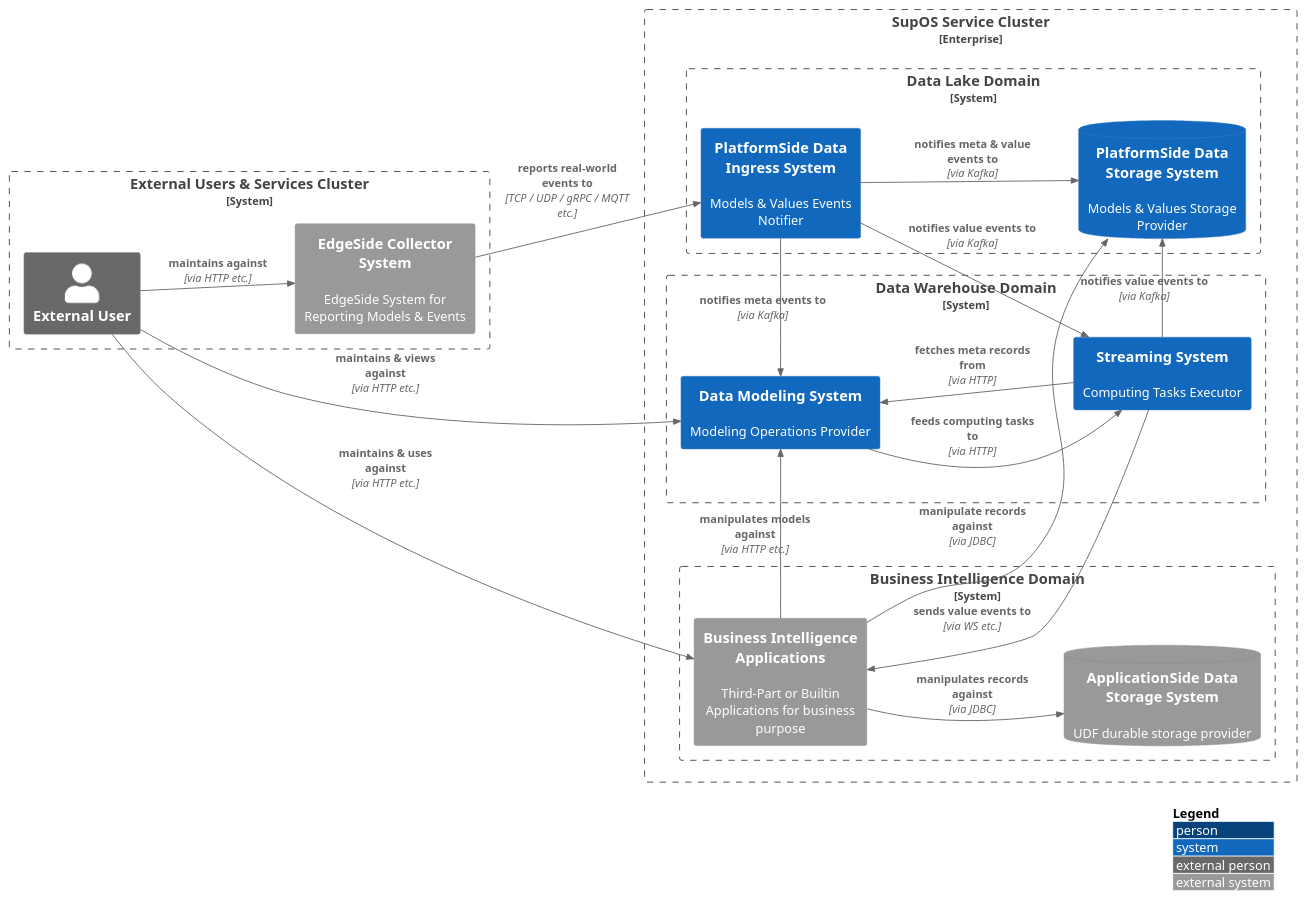
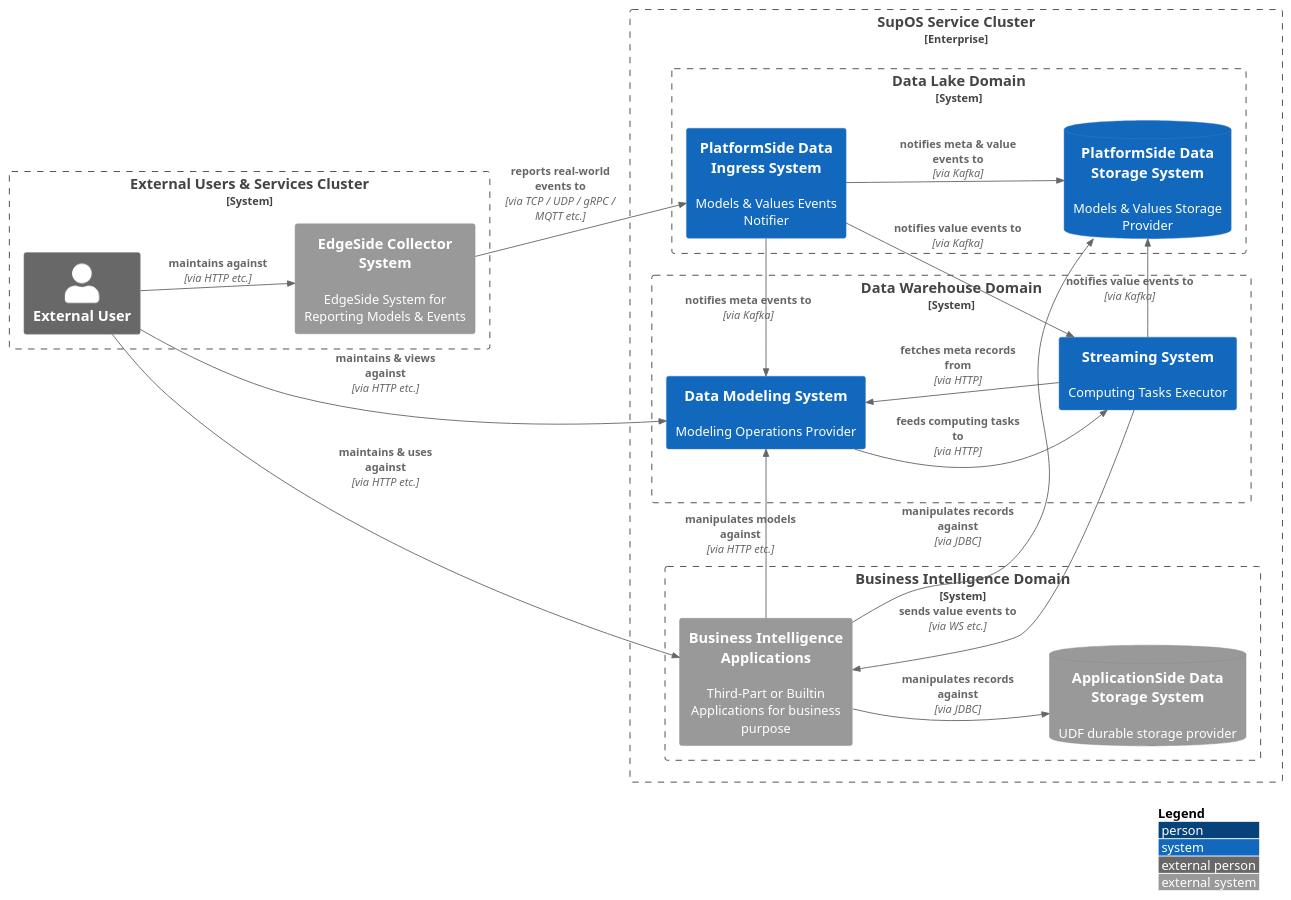
The diagram in c4model/digital_factory/Context.puml (zhangli2946/skills), drawn with PlantUML before and after one commit. The commit also changed 4 other files, not shown here.

```diff
--- a/c4model/digital_factory/Context.puml
+++ b/c4model/digital_factory/Context.puml
@@ -1,46 +1,46 @@
 @startuml
 !include https://raw.githubusercontent.com/plantuml-stdlib/C4-PlantUML/master/C4_Context.puml
 
 LAYOUT_WITH_LEGEND()
 LAYOUT_LANDSCAPE()
 'LAYOUT_LEFT_RIGHT()
 
 Enterprise_Boundary(supos, "SupOS Service Cluster",){
 
     System_Boundary(lake, "Data Lake Domain"){
         System(ingress, "PlatformSide Data Ingress System","Models & Values Events Notifier")
         SystemDb(persist, "PlatformSide Data Storage System","Models & Values Storage Provider")
         Rel(ingress, persist, "notifies meta & value events to", "via Kafka")
     }
 
     System_Boundary(warehouse, "Data Warehouse Domain"){
         System(modeling , "Data Modeling System","Modeling Operations Provider")
         System(computing , "Streaming System", "Computing Tasks Executor")
     }
 
     System_Boundary(business, "Business Intelligence Domain"){
         System_Ext(app, "Business Intelligence Applications", "Third-Part or Builtin Applications for business purpose")
         SystemDb_Ext(persist_ext, "ApplicationSide Data Storage System","UDF durable storage provider")
         Rel(app, persist_ext, "manipulates records against", "via JDBC")
     }
 
-    Rel(app, persist, "manipulate records against", "via JDBC")
+    Rel(app, persist, "manipulates records against", "via JDBC")
     Rel(computing, persist,"notifies value events to", "via Kafka")
     Rel(ingress, computing, "notifies value events to", "via Kafka")
     Rel(ingress, modeling, "notifies meta events to", "via Kafka")
     Rel(app, modeling, "manipulates models against", "via HTTP etc.")
     Rel(computing, app, "sends value events to ", "via WS etc.")
     Rel(modeling, computing, "feeds computing tasks to", "via HTTP")
     Rel(computing, modeling, "fetches meta records from", "via HTTP")
 }
 
 
 System_Boundary(external, "External Users & Services Cluster"){
     Person_Ext(user, "External User","")
     System_Ext(third, "EdgeSide Collector System", "EdgeSide System for Reporting Models & Events")
     Rel(user, third, "maintains against", "via HTTP etc.")
 }
-Rel(third, ingress, "reports real-world events to","TCP / UDP / gRPC / MQTT etc.")
+Rel(third, ingress, "reports real-world events to","via TCP / UDP / gRPC / MQTT etc.")
 Rel(user, modeling, "maintains & views against", "via HTTP etc.")
 Rel(user, app, "maintains & uses against", "via HTTP etc.")
 @enduml
```
